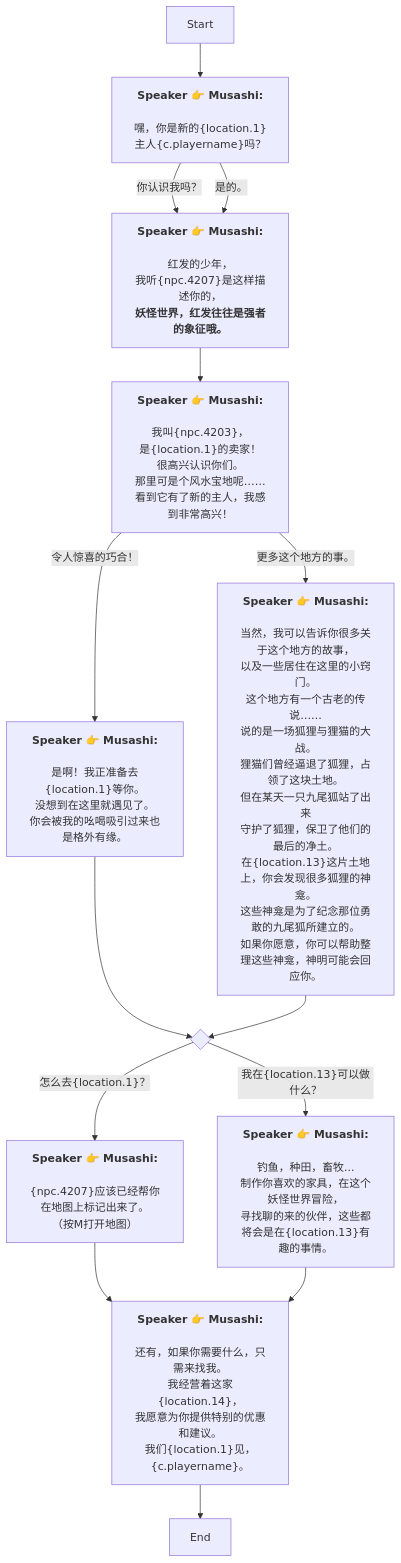
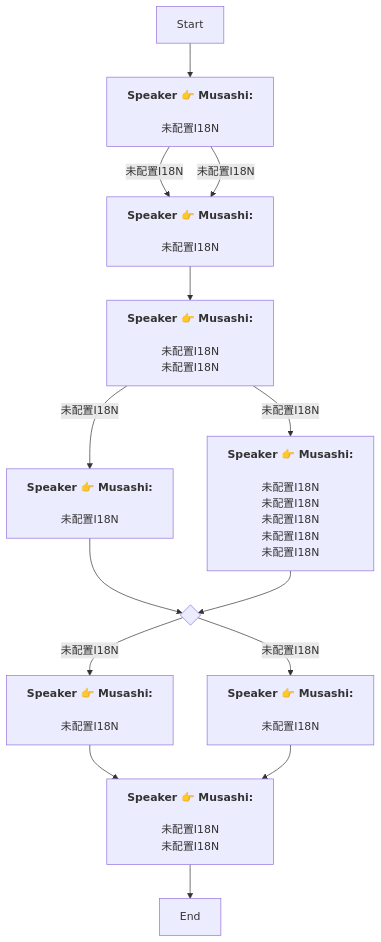
One commit to SoftHu/tos_avg changed the diagram in Zh/AddDialogNode_1738912268757183.md. Above: the diagram before and after it, drawn with Mermaid. The commit also changed 730 other files, not shown here.

````diff
--- a/Zh/AddDialogNode_1738912268757183.md
+++ b/Zh/AddDialogNode_1738912268757183.md
@@ -1,48 +1,27 @@
 ```mermaid
 graph
 Start -->1738912725988551[<b>Speaker 👉 Musashi:</b>
-\n嘿，你是新的&lbrace;location.1&rbrace;主人&lbrace;c.playername&rbrace;吗？]
-1738912725988551 -->|你认识我吗？|1738977842280613[<b>Speaker 👉 Musashi:</b>
-\n红发的少年，
-我听&lbrace;npc.4207&rbrace;是这样描述你的，
-<b>妖怪世界，红发往往是强者的象征哦。</b>]
-1738912725988551 -->|是的。|1738977842280613[<b>Speaker 👉 Musashi:</b>
-\n红发的少年，
-我听&lbrace;npc.4207&rbrace;是这样描述你的，
-<b>妖怪世界，红发往往是强者的象征哦。</b>]
+\n未配置I18N]
+1738912725988551 -->|未配置I18N|1738977842280613[<b>Speaker 👉 Musashi:</b>
+\n未配置I18N]
+1738912725988551 -->|未配置I18N|1738977842280613[<b>Speaker 👉 Musashi:</b>
+\n未配置I18N]
 1738977842280613 -->1740664161411315[<b>Speaker 👉 Musashi:</b>
-\n我叫&lbrace;npc.4203&rbrace;，
-是&lbrace;location.1&rbrace;的卖家！
-很高兴认识你们。\n那里可是个风水宝地呢……
-看到它有了新的主人，我感到非常高兴！]
-434744559668522 -->|我在&lbrace;location.13&rbrace;可以做什么？|1738979238631604[<b>Speaker 👉 Musashi:</b>
-\n钓鱼，种田，畜牧...
-制作你喜欢的家具，在这个妖怪世界冒险，
-寻找聊的来的伙伴，这些都将会是在&lbrace;location.13&rbrace;有趣的事情。]
-434744559668522 -->|怎么去&lbrace;location.1&rbrace;？|1738979190730931[<b>Speaker 👉 Musashi:</b>
-\n&lbrace;npc.4207&rbrace;应该已经帮你在地图上标记出来了。
-（按M打开地图）]
-1740664161411315 -->|更多这个地方的事。|1738978401349804[<b>Speaker 👉 Musashi:</b>
-\n当然，我可以告诉你很多关于这个地方的故事，
-以及一些居住在这里的小窍门。\n这个地方有一个古老的传说……
-说的是一场狐狸与狸猫的大战。
-狸猫们曾经逼退了狐狸，占领了这块土地。\n但在某天一只九尾狐站了出来
-守护了狐狸，保卫了他们的最后的净土。\n在&lbrace;location.13&rbrace;这片土地上，你会发现很多狐狸的神龛。
-这些神龛是为了纪念那位勇敢的九尾狐所建立的。\n如果你愿意，你可以帮助整理这些神龛，神明可能会回应你。]
-1740664161411315 -->|令人惊喜的巧合！|1738978238674091[<b>Speaker 👉 Musashi:</b>
-\n是啊！我正准备去&lbrace;location.1&rbrace;等你。
-没想到在这里就遇见了。
-你会被我的吆喝吸引过来也是格外有缘。]
+\n未配置I18N\n未配置I18N]
+434744559668522 -->|未配置I18N|1738979238631604[<b>Speaker 👉 Musashi:</b>
+\n未配置I18N]
+434744559668522 -->|未配置I18N|1738979190730931[<b>Speaker 👉 Musashi:</b>
+\n未配置I18N]
+1740664161411315 -->|未配置I18N|1738978401349804[<b>Speaker 👉 Musashi:</b>
+\n未配置I18N\n未配置I18N\n未配置I18N\n未配置I18N\n未配置I18N]
+1740664161411315 -->|未配置I18N|1738978238674091[<b>Speaker 👉 Musashi:</b>
+\n未配置I18N]
 1738978238674091 -->434744559668522{ }
 1738979190730931 -->1738979147702450[<b>Speaker 👉 Musashi:</b>
-\n还有，如果你需要什么，只需来找我。
-我经营着这家&lbrace;location.14&rbrace;，
-我愿意为你提供特别的优惠和建议。\n我们&lbrace;location.1&rbrace;见，&lbrace;c.playername&rbrace;。]
+\n未配置I18N\n未配置I18N]
 1738979147702450 -->1738912730366152[End]
 1738979238631604 -->1738979147702450[<b>Speaker 👉 Musashi:</b>
-\n还有，如果你需要什么，只需来找我。
-我经营着这家&lbrace;location.14&rbrace;，
-我愿意为你提供特别的优惠和建议。\n我们&lbrace;location.1&rbrace;见，&lbrace;c.playername&rbrace;。]
+\n未配置I18N\n未配置I18N]
 1738978401349804 -->434744559668522{ }
 
 ```
````
